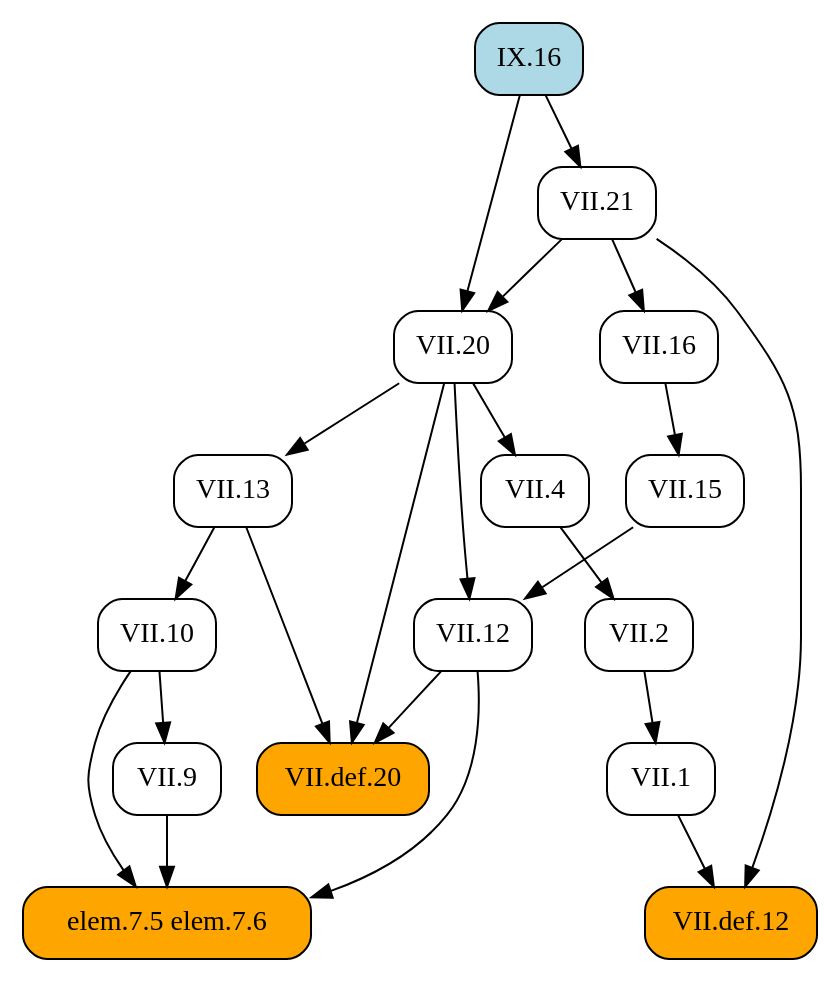
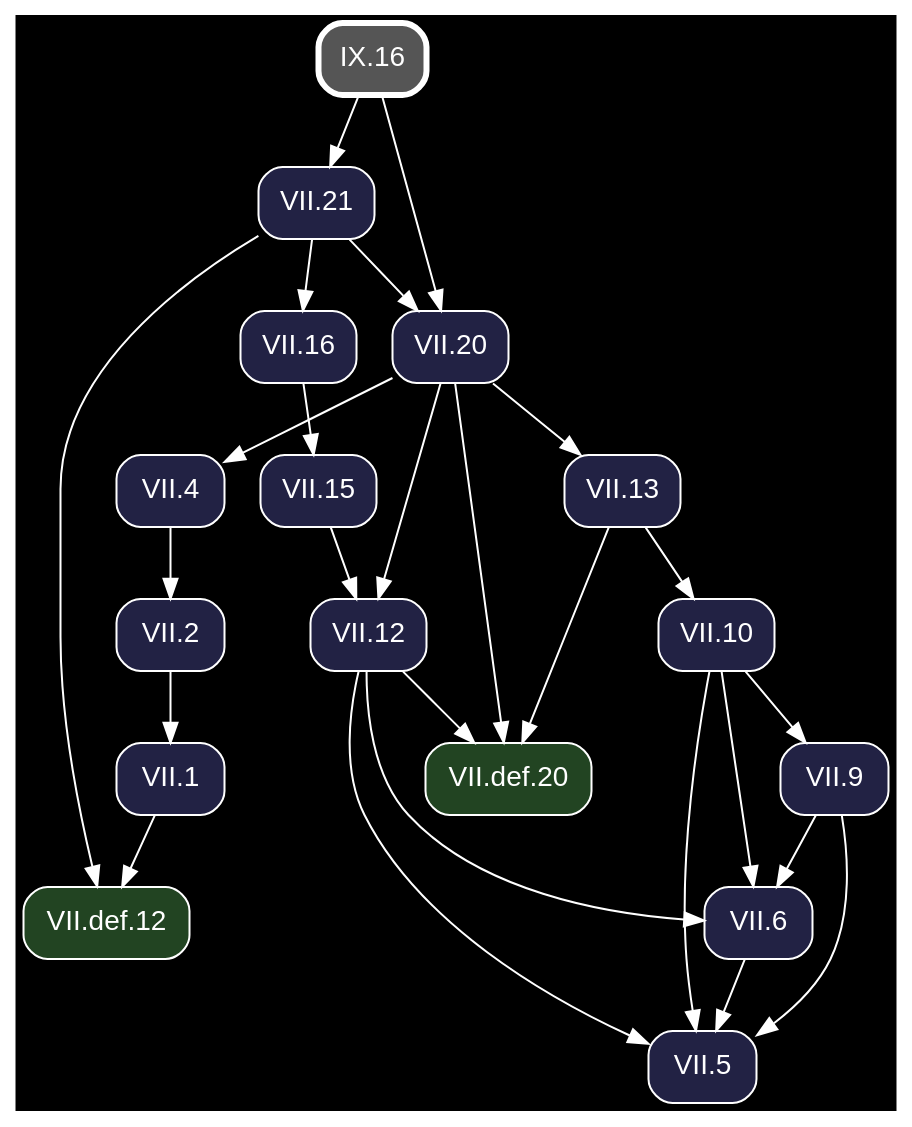
One commit to geometor/elements changed the diagram in docsrc/heath/IX/16/index.rst. Above: the diagram before and after it, drawn with Graphviz. The commit also changed other lines of this file and 1200 other files, not shown here.

Commit message:
update dependency graphs

```diff
--- a/docsrc/heath/IX/16/index.rst
+++ b/docsrc/heath/IX/16/index.rst
@@ -32,42 +32,49 @@
 .. graphviz::
 
    digraph {
+     bgcolor="black";
+     node [shape=box, style="rounded,filled", fontname="Helvetica", color="white", fontcolor="white"];
+     edge [color="white", fontcolor="white"];
      rankdir="TB";
-     node [shape=box, style=rounded];
-     "VII.13" [URL="/heath/VII/13/", target="_top"];
-     "VII.12" [URL="/heath/VII/12/", target="_top"];
-     "VII.4" [URL="/heath/VII/4/", target="_top"];
-     "VII.def.12" [style="rounded,filled", fillcolor=orange, URL="/heath/VII/def.12/", target="_top"];
-     "elem.7.5 elem.7.6" [style="rounded,filled", fillcolor=orange];
-     "VII.9" [URL="/heath/VII/9/", target="_top"];
-     "VII.1" [URL="/heath/VII/1/", target="_top"];
-     "VII.16" [URL="/heath/VII/16/", target="_top"];
-     "IX.16" [style="rounded,filled", fillcolor=lightblue, URL="/heath/IX/16/", target="_top"];
-     "VII.21" [URL="/heath/VII/21/", target="_top"];
-     "VII.20" [URL="/heath/VII/20/", target="_top"];
-     "VII.2" [URL="/heath/VII/2/", target="_top"];
-     "VII.def.20" [style="rounded,filled", fillcolor=orange, URL="/heath/VII/def.20/", target="_top"];
-     "VII.15" [URL="/heath/VII/15/", target="_top"];
-     "VII.10" [URL="/heath/VII/10/", target="_top"];
+     "VII.13" [fillcolor="#222244", URL="/heath/VII/13/", target="_top"];
+     "VII.10" [fillcolor="#222244", URL="/heath/VII/10/", target="_top"];
+     "VII.20" [fillcolor="#222244", URL="/heath/VII/20/", target="_top"];
+     "VII.1" [fillcolor="#222244", URL="/heath/VII/1/", target="_top"];
+     "VII.4" [fillcolor="#222244", URL="/heath/VII/4/", target="_top"];
+     "VII.2" [fillcolor="#222244", URL="/heath/VII/2/", target="_top"];
+     "VII.def.12" [fillcolor="#224422", URL="/heath/VII/def.12/", target="_top"];
+     "VII.5" [fillcolor="#222244", URL="/heath/VII/5/", target="_top"];
+     "VII.def.20" [fillcolor="#224422", URL="/heath/VII/def.20/", target="_top"];
+     "VII.21" [fillcolor="#222244", URL="/heath/VII/21/", target="_top"];
+     "VII.9" [fillcolor="#222244", URL="/heath/VII/9/", target="_top"];
+     "IX.16" [penwidth=3, color="white", fillcolor="#555555", URL="/heath/IX/16/", target="_top"];
+     "VII.12" [fillcolor="#222244", URL="/heath/VII/12/", target="_top"];
+     "VII.6" [fillcolor="#222244", URL="/heath/VII/6/", target="_top"];
+     "VII.16" [fillcolor="#222244", URL="/heath/VII/16/", target="_top"];
+     "VII.15" [fillcolor="#222244", URL="/heath/VII/15/", target="_top"];
      "VII.20" -> "VII.13";
-     "VII.15" -> "VII.12";
-     "VII.20" -> "VII.12";
+     "VII.13" -> "VII.10";
+     "VII.21" -> "VII.20";
+     "IX.16" -> "VII.20";
+     "VII.2" -> "VII.1";
      "VII.20" -> "VII.4";
+     "VII.4" -> "VII.2";
      "VII.1" -> "VII.def.12";
      "VII.21" -> "VII.def.12";
-     "VII.9" -> "elem.7.5 elem.7.6";
-     "VII.10" -> "elem.7.5 elem.7.6";
-     "VII.12" -> "elem.7.5 elem.7.6";
-     "VII.10" -> "VII.9";
-     "VII.2" -> "VII.1";
-     "VII.21" -> "VII.16";
-     "IX.16" -> "VII.21";
-     "VII.21" -> "VII.20";
-     "IX.16" -> "VII.20";
-     "VII.4" -> "VII.2";
+     "VII.6" -> "VII.5";
+     "VII.9" -> "VII.5";
+     "VII.10" -> "VII.5";
+     "VII.12" -> "VII.5";
      "VII.12" -> "VII.def.20";
      "VII.13" -> "VII.def.20";
      "VII.20" -> "VII.def.20";
+     "IX.16" -> "VII.21";
+     "VII.10" -> "VII.9";
+     "VII.15" -> "VII.12";
+     "VII.20" -> "VII.12";
+     "VII.9" -> "VII.6";
+     "VII.10" -> "VII.6";
+     "VII.12" -> "VII.6";
+     "VII.21" -> "VII.16";
      "VII.16" -> "VII.15";
-     "VII.13" -> "VII.10";
    }
```
